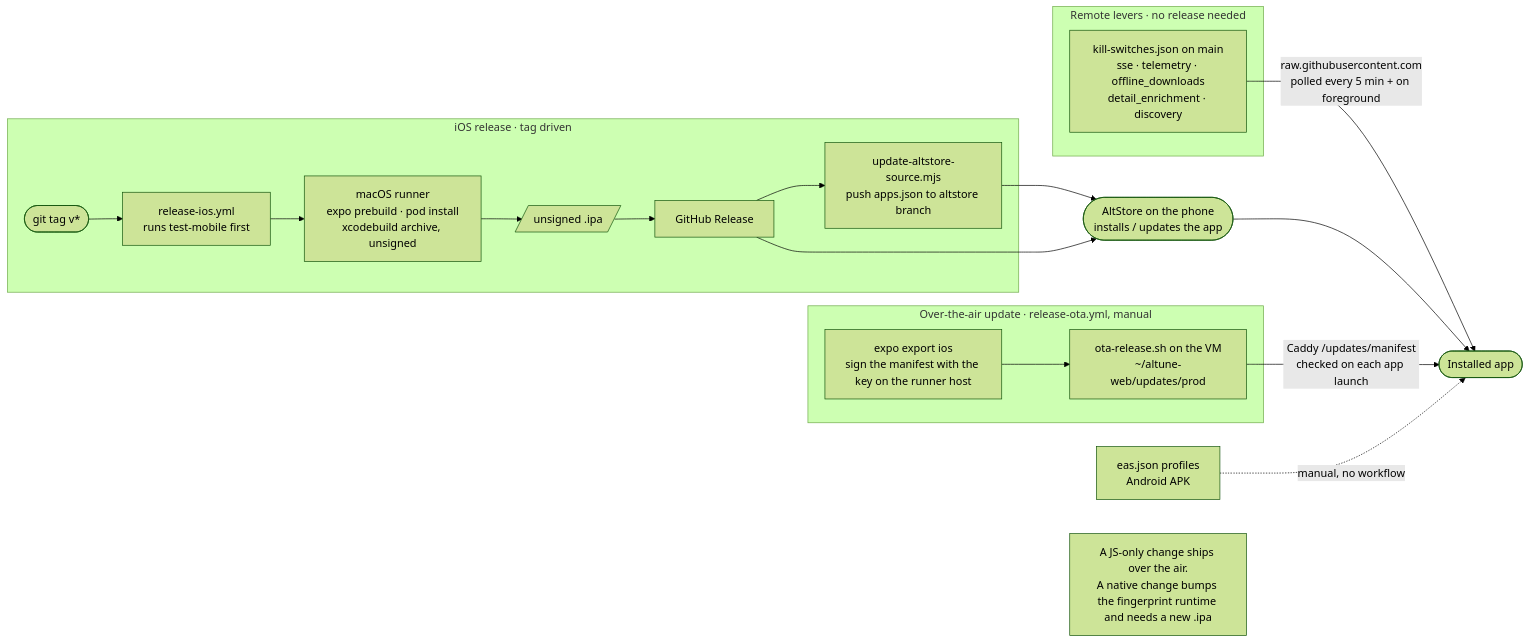
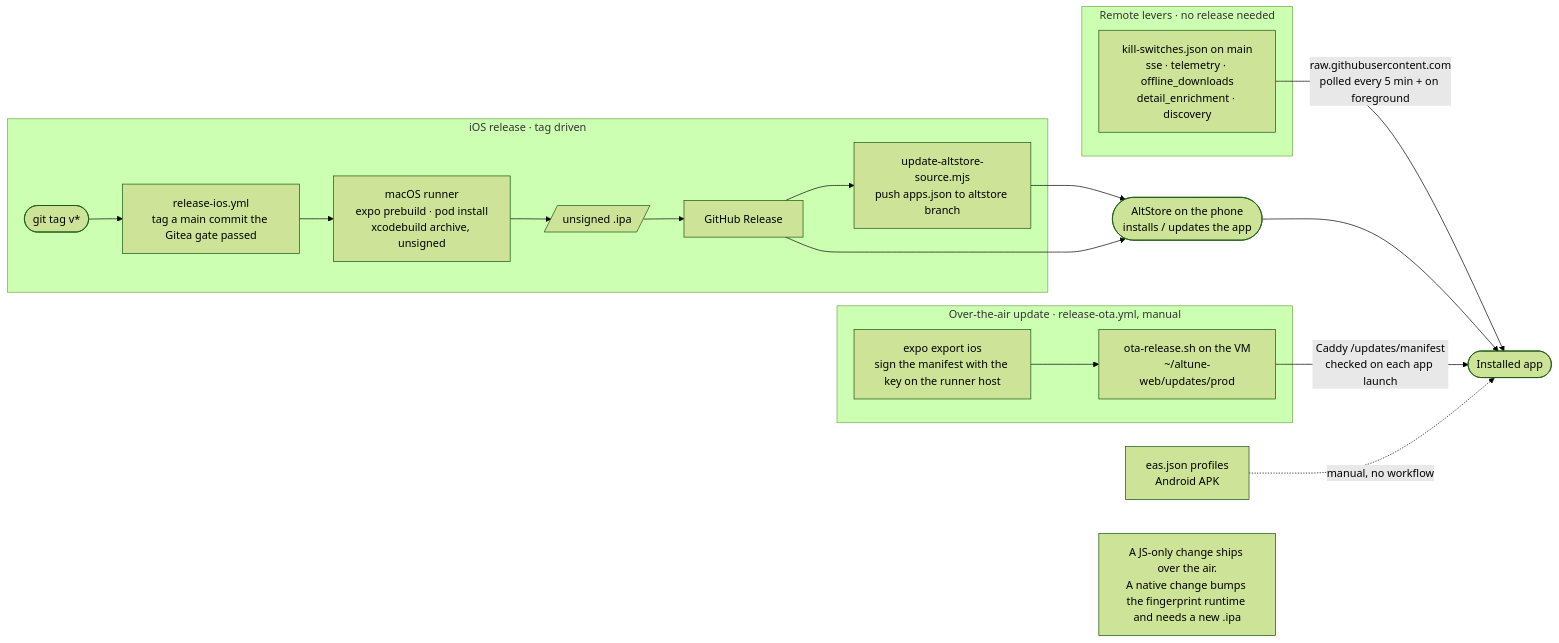
One commit to aleburrascano/altune changed the second of 2 diagrams in docs/diagrams/delivery.md. Above: the diagram before and after it, drawn with Mermaid (forest theme). The commit also changed 1 other file, not shown here.

Commit message:
tooling(deploy): ios release skips stale github checks (#2087)

````diff
--- a/docs/diagrams/delivery.md
+++ b/docs/diagrams/delivery.md
@@ -54,31 +54,31 @@
 ```mermaid
 flowchart LR
     subgraph ios [iOS release · tag driven]
-        tag(["git tag v*"]) --> verify["release-ios.yml<br/>runs test-mobile first"]
+        tag(["git tag v*"]) --> verify["release-ios.yml<br/>tag a main commit the Gitea gate passed"]
         verify --> build["macOS runner<br/>expo prebuild · pod install<br/>xcodebuild archive, unsigned"]
         build --> ipa[/"unsigned .ipa"/]
         ipa --> release["GitHub Release"]
         release --> source["update-altstore-source.mjs<br/>push apps.json to altstore branch"]
     end
 
     source --> altstore(["AltStore on the phone<br/>installs / updates the app"])
     release --> altstore
 
     subgraph remote [Remote levers · no release needed]
         ks["kill-switches.json on main<br/>sse · telemetry · offline_downloads<br/>detail_enrichment · discovery"]
     end
 
     ks -->|raw.githubusercontent.com<br/>polled every 5 min + on foreground| app(["Installed app"])
     altstore --> app
 
     subgraph ota [Over-the-air update · release-ota.yml, manual]
         export["expo export ios<br/>sign the manifest with the key on the runner host"] --> otaship["ota-release.sh on the VM<br/>~/altune-web/updates/prod"]
     end
 
     otaship -->|Caddy /updates/manifest<br/>checked on each app launch| app
 
     eas["eas.json profiles<br/>Android APK"] -.->|manual, no workflow| app
 
     note["A JS-only change ships over the air.<br/>A native change bumps the fingerprint runtime and needs a new .ipa"]
     note ~~~ app
 ```
````
